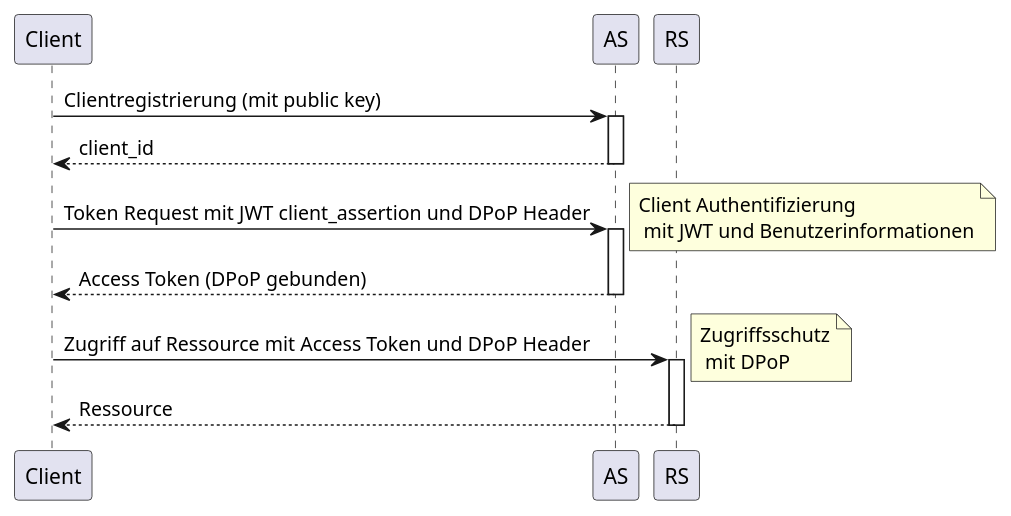
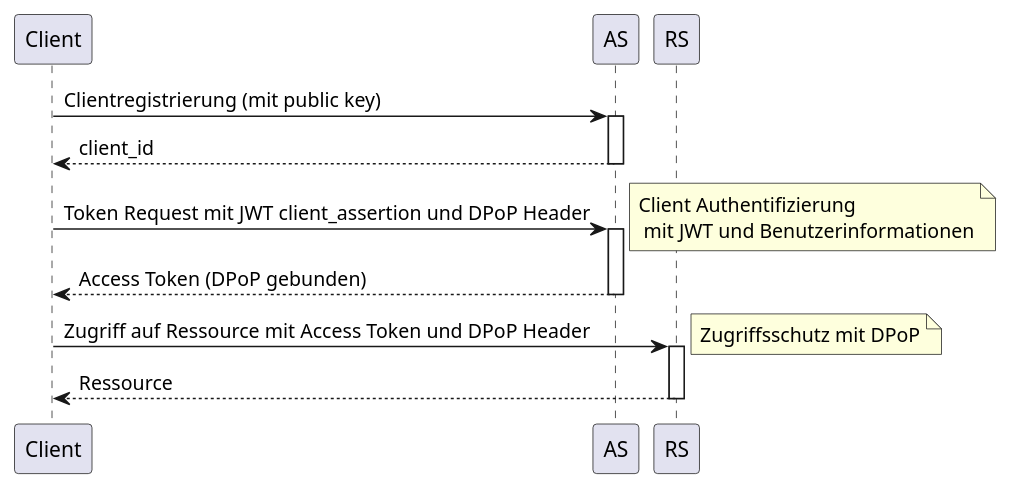
The diagram in src/plantuml/tmp/client-assertion-jwt-authentication.puml (gematik/spec-t20r), drawn with PlantUML before and after one commit.

Commit message:
Refactor: Update note formatting in client-assertion JWT authentication diagram

```diff
--- a/src/plantuml/tmp/client-assertion-jwt-authentication.puml
+++ b/src/plantuml/tmp/client-assertion-jwt-authentication.puml
@@ -1,23 +1,23 @@
 @startuml "client-assertion-jwt-authentication"
 participant Client
 participant AS
 participant RS
 
 Client -> AS: Clientregistrierung (mit public key)
 activate AS
 AS --> Client: client_id
 deactivate AS
 
 Client -> AS: Token Request mit JWT client_assertion und DPoP Header
 activate AS
 note right: Client Authentifizierung\n mit JWT und Benutzerinformationen
 AS --> Client: Access Token (DPoP gebunden)
 deactivate AS
 
 Client -> RS: Zugriff auf Ressource mit Access Token und DPoP Header
 activate RS
-note right: Zugriffsschutz\n mit DPoP
+note right: Zugriffsschutz mit DPoP
 RS --> Client: Ressource
 deactivate RS
 
 @enduml
```
